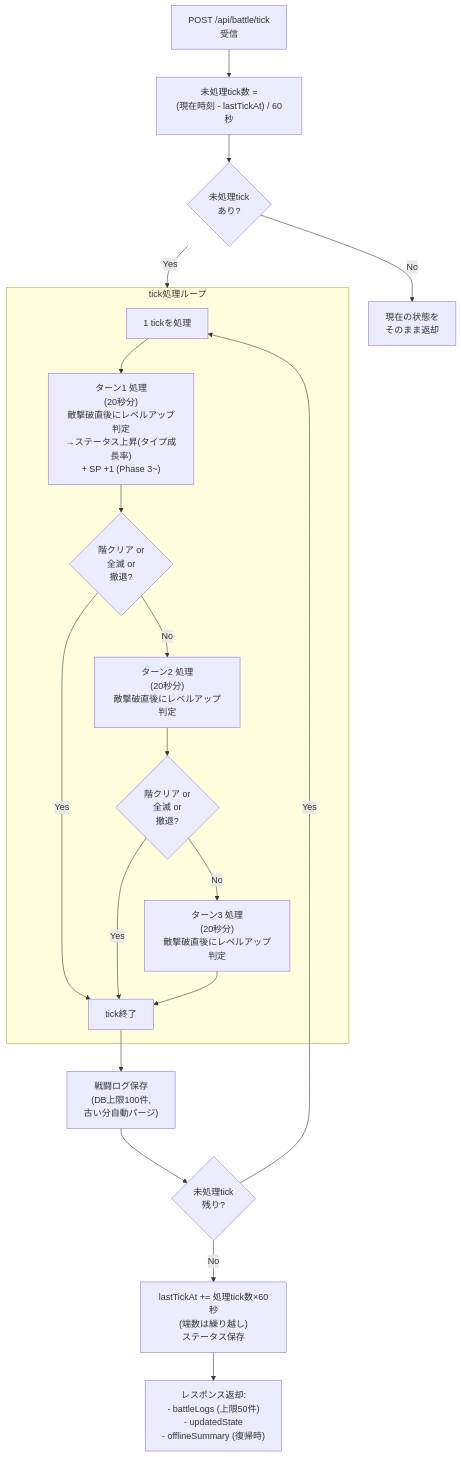
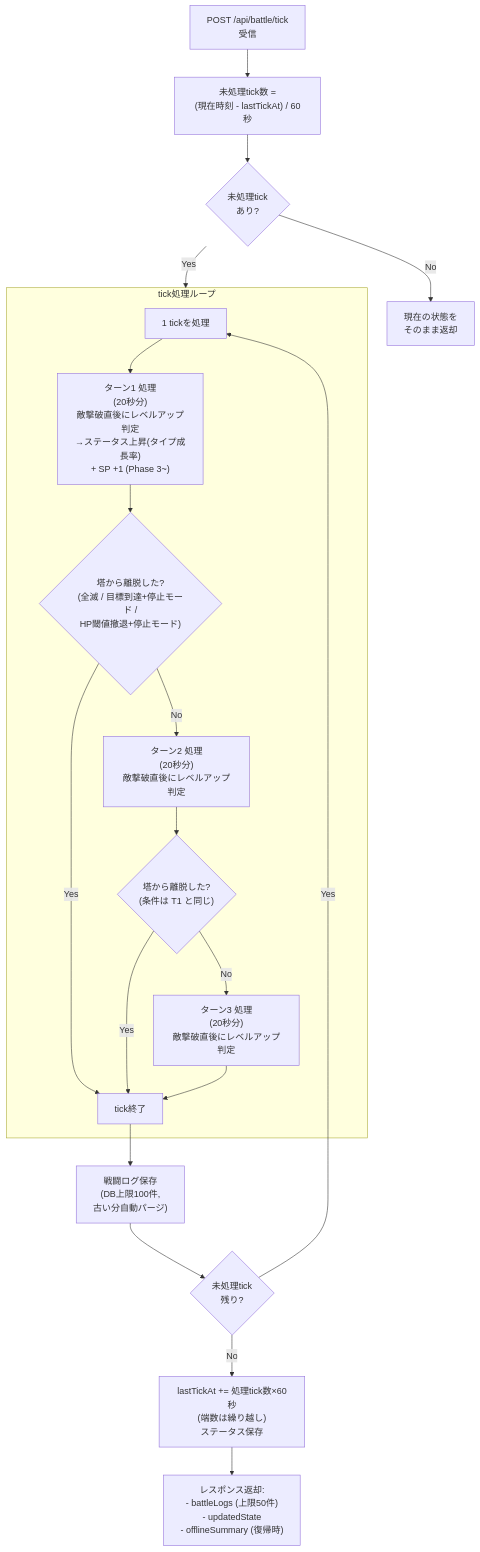
The second of 2 diagrams in diagrams/battle_flow/overview.md (dateeee/2026_AFKGAME), drawn with Mermaid before and after one commit. The commit also changed other lines of this file and 42 other files, not shown here.

First line of the commit message:
docs: 要件定義〜製造ゲートRVの指摘42件を仕様書・設計図へ反映（fix-specs）

````diff
--- a/diagrams/battle_flow/overview.md
+++ b/diagrams/battle_flow/overview.md
@@ -61,31 +60,31 @@
 ```mermaid
 %%{init: {'theme': 'default', 'themeVariables': {'fontSize': '16px'}} }%%
 flowchart TD
     API["POST /api/battle/tick\n受信"] --> CalcTicks["未処理tick数 =\n(現在時刻 - lastTickAt) / 60秒"]
 
     CalcTicks --> HasTicks{"未処理tick\nあり?"}
     HasTicks -->|No| Return["現在の状態を\nそのまま返却"]
     HasTicks -->|Yes| TickLoop
 
     subgraph TickLoop["tick処理ループ"]
         ProcessTick["1 tickを処理"]
         ProcessTick --> T1["ターン1 処理\n(20秒分)\n敵撃破直後にレベルアップ判定\n→ステータス上昇(タイプ成長率)\n+ SP +1 (Phase 3~)"]
-        T1 --> T1Result{"階クリア or\n全滅 or\n撤退?"}
+        T1 --> T1Result{"塔から離脱した?\n(全滅 / 目標到達+停止モード /\nHP閾値撤退+停止モード)"}
         T1Result -->|No| T2["ターン2 処理\n(20秒分)\n敵撃破直後にレベルアップ判定"]
         T1Result -->|Yes| TickEnd
 
-        T2 --> T2Result{"階クリア or\n全滅 or\n撤退?"}
+        T2 --> T2Result{"塔から離脱した?\n(条件は T1 と同じ)"}
         T2Result -->|No| T3["ターン3 処理\n(20秒分)\n敵撃破直後にレベルアップ判定"]
         T2Result -->|Yes| TickEnd
 
         T3 --> TickEnd["tick終了"]
     end
 
     TickEnd --> LogSave["戦闘ログ保存\n(DB上限100件,\n古い分自動パージ)"]
 
     LogSave --> MoreTicks{"未処理tick\n残り?"}
     MoreTicks -->|Yes| ProcessTick
     MoreTicks -->|No| UpdateDB["lastTickAt += 処理tick数×60秒\n(端数は繰り越し)\nステータス保存"]
 
     UpdateDB --> Response["レスポンス返却:\n- battleLogs (上限50件)\n- updatedState\n- offlineSummary (復帰時)"]
 ```
````
